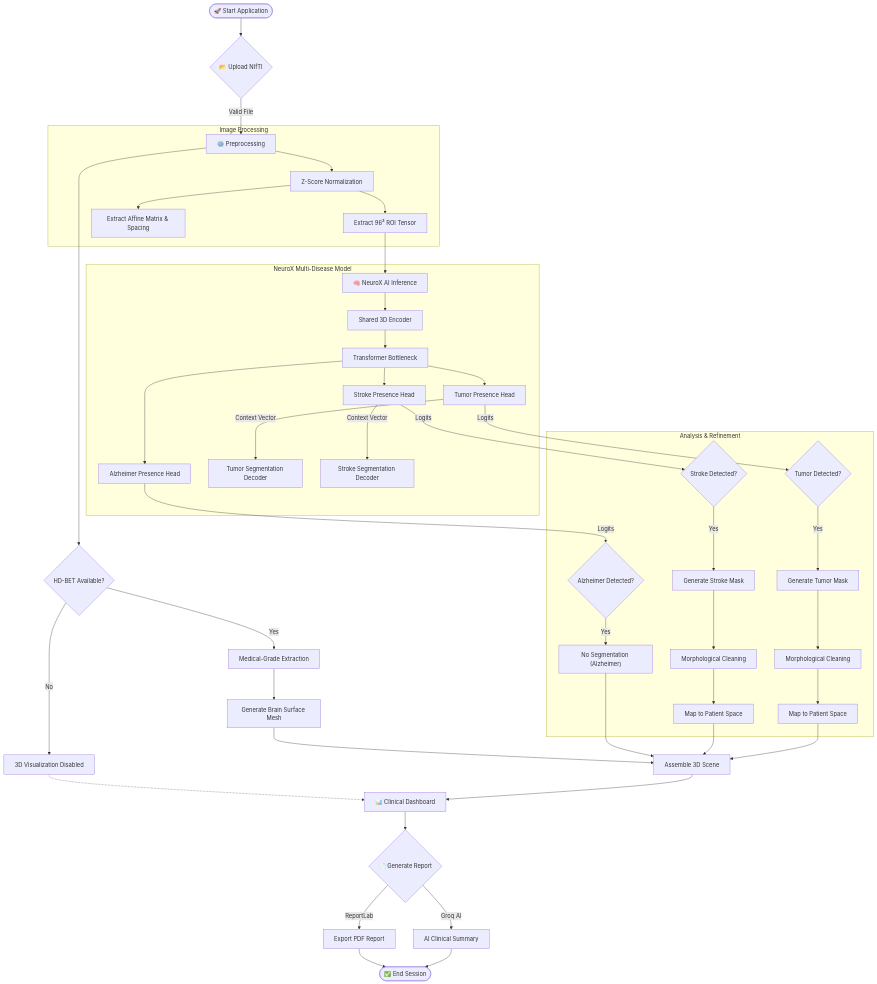
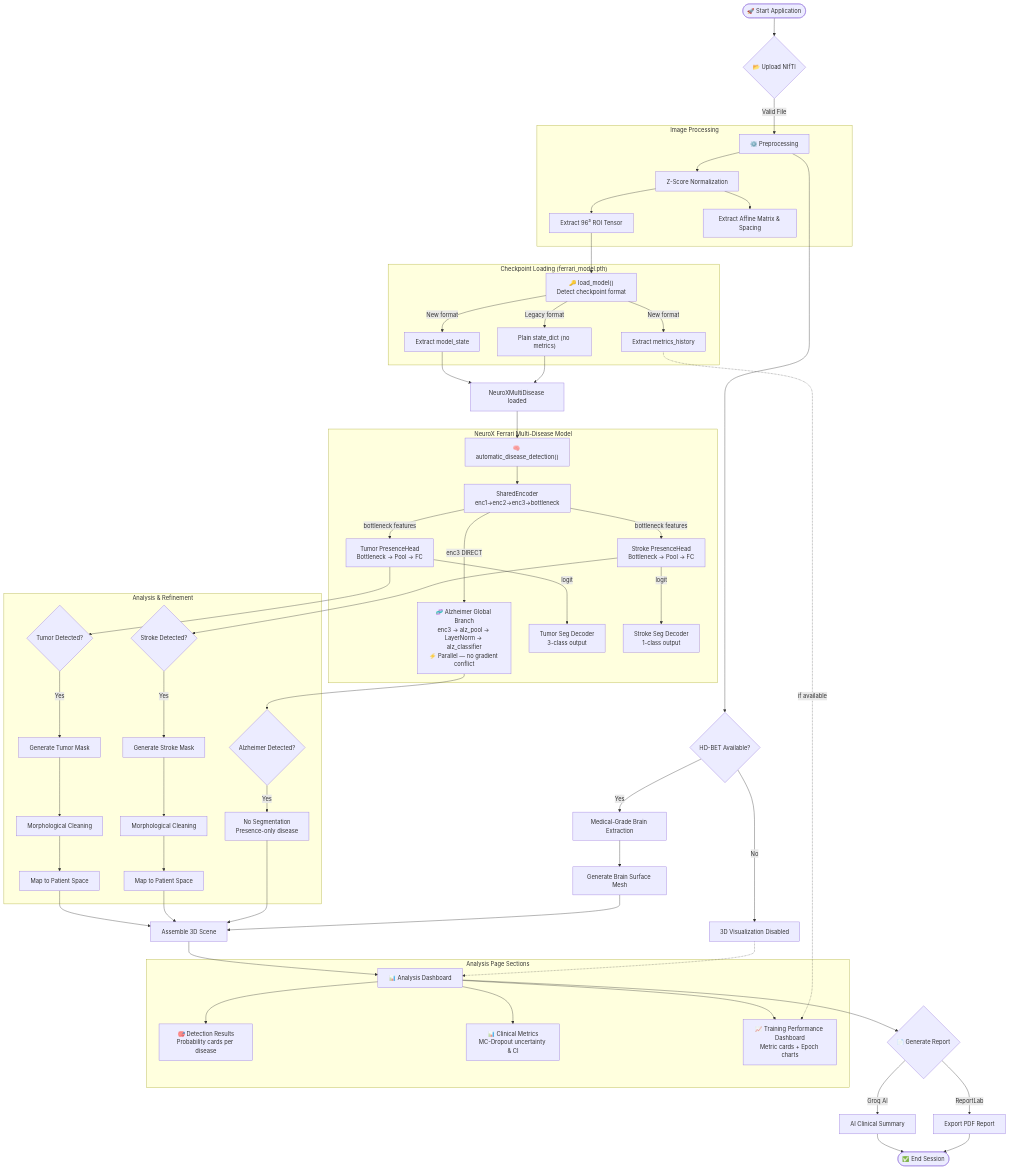
The second of 2 diagrams in README.md (SaiKarthik547/Capstone), drawn with Mermaid before and after one commit. The commit also changed other lines of this file, not shown here.

First line of the commit message:
Revise README for Ferrari model architecture details

````diff
--- a/README.md
+++ b/README.md
@@ -307,63 +358,78 @@
 ```mermaid
 flowchart TD
     Start([🚀 Start Application]) --> Upload{📂 Upload NIfTI}
     Upload -->|Valid File| Preprocess[⚙️ Preprocessing]
-    
-    subgraph Preprocessing_Stage [Image Processing]
+
+    subgraph Preprocessing_Stage ["Image Processing"]
         Preprocess --> Normalize[Z-Score Normalization]
-        Normalize --> ROI[Extract 96³ ROI Tensor]
-        Normalize --> Affine[Extract Affine Matrix & Spacing]
+        Normalize --> ROI["Extract 96³ ROI Tensor"]
+        Normalize --> Affine["Extract Affine Matrix & Spacing"]
     end
-    
-    ROI --> Inference[🧠 NeuroX AI Inference]
-    
-    subgraph AI_Engine [NeuroX Multi-Disease Model]
-        Inference --> Encoder[Shared 3D Encoder]
-        Encoder --> Bottleneck[Transformer Bottleneck]
-        
-        Bottleneck --> Head1[Tumor Presence Head]
-        Bottleneck --> Head2[Stroke Presence Head]
-        Bottleneck --> Head3[Alzheimer Presence Head]
-        
-        Head1 -->|Context Vector| Seg1[Tumor Segmentation Decoder]
-        Head2 -->|Context Vector| Seg2[Stroke Segmentation Decoder]
+
+    ROI --> LoadModel["🔑 load_model()\nDetect checkpoint format"]
+
+    subgraph Checkpoint_Load ["Checkpoint Loading (ferrari_model.pth)"]
+        LoadModel -->|New format| ExtractState["Extract model_state"]
+        LoadModel -->|New format| ExtractMetrics["Extract metrics_history"]
+        LoadModel -->|Legacy format| LegacyLoad["Plain state_dict (no metrics)"]
     end
-    
-    Head1 -->|Logits| Prob1{Tumor Detected?}
-    Head2 -->|Logits| Prob2{Stroke Detected?}
-    Head3 -->|Logits| Prob3{Alzheimer Detected?}
-    
-    subgraph Post_Processing [Analysis & Refinement]
-        Prob1 -->|Yes| Mask1[Generate Tumor Mask]
-        Prob2 -->|Yes| Mask2[Generate Stroke Mask]
-        Prob3 -->|Yes| NoSeg["No Segmentation (Alzheimer)"]
-        
+
+    ExtractState --> ModelReady["NeuroXMultiDisease loaded"]
+    LegacyLoad --> ModelReady
+
+    ModelReady --> Inference["🧠 automatic_disease_detection()"]
+
+    subgraph AI_Engine ["NeuroX Ferrari Multi-Disease Model"]
+        Inference --> Encoder["SharedEncoder\nenc1→enc2→enc3→bottleneck"]
+
+        Encoder -->|bottleneck features| TumorHead["Tumor PresenceHead\nBottleneck → Pool → FC"]
+        Encoder -->|bottleneck features| StrokeHead["Stroke PresenceHead\nBottleneck → Pool → FC"]
+        Encoder -->|enc3 DIRECT| AlzBranch["🧬 Alzheimer Global Branch\nenc3 → alz_pool → LayerNorm → alz_classifier\n⚡ Parallel — no gradient conflict"]
+
+        TumorHead -->|logit| TumorSeg["Tumor Seg Decoder\n3-class output"]
+        StrokeHead -->|logit| StrokeSeg["Stroke Seg Decoder\n1-class output"]
+    end
+
+    TumorHead --> ProbT{Tumor Detected?}
+    StrokeHead --> ProbS{Stroke Detected?}
+    AlzBranch --> ProbA{"Alzheimer Detected?"}
+
+    subgraph Post_Processing ["Analysis & Refinement"]
+        ProbT -->|Yes| Mask1[Generate Tumor Mask]
+        ProbS -->|Yes| Mask2[Generate Stroke Mask]
+        ProbA -->|Yes| NoSeg["No Segmentation\nPresence-only disease"]
+
         Mask1 --> Clean1[Morphological Cleaning]
         Mask2 --> Clean2[Morphological Cleaning]
-        
+
         Clean1 --> Map1[Map to Patient Space]
         Clean2 --> Map2[Map to Patient Space]
     end
-    
+
     Preprocess --> SkullStrip{HD-BET Available?}
-    SkullStrip -->|Yes| HDBET[Medical-Grade Extraction]
+    SkullStrip -->|Yes| HDBET[Medical-Grade Brain Extraction]
     SkullStrip -->|No| Fail[3D Visualization Disabled]
-    
+
     HDBET --> BrainSurf[Generate Brain Surface Mesh]
-    
+
     Map1 --> VizScene[Assemble 3D Scene]
     Map2 --> VizScene
     NoSeg --> VizScene
     BrainSurf --> VizScene
-    
-    VizScene --> Dashboard[📊 Clinical Dashboard]
+
+    VizScene --> Dashboard["📊 Analysis Dashboard"]
     Fail -.-> Dashboard
-    
+
+    subgraph Analysis_Page ["Analysis Page Sections"]
+        Dashboard --> DetResults["🎯 Detection Results\nProbability cards per disease"]
+        Dashboard --> ClinMetrics["📊 Clinical Metrics\nMC-Dropout uncertainty & CI"]
+        Dashboard --> TrainDash["📈 Training Performance Dashboard\nMetric cards + Epoch charts"]
+        ExtractMetrics -.->|if available| TrainDash
+    end
+
     Dashboard --> ReportGen{📄 Generate Report}
-    
     ReportGen -->|Groq AI| AI_Text[AI Clinical Summary]
     ReportGen -->|ReportLab| PDF[Export PDF Report]
-    
     AI_Text --> End([✅ End Session])
     PDF --> End
 ```
````
